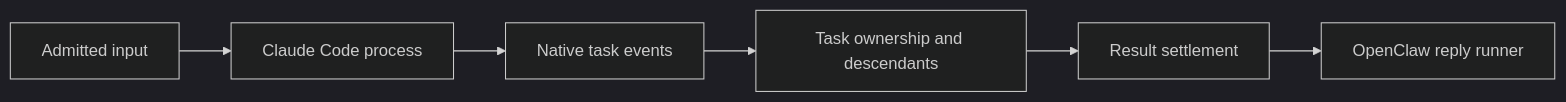
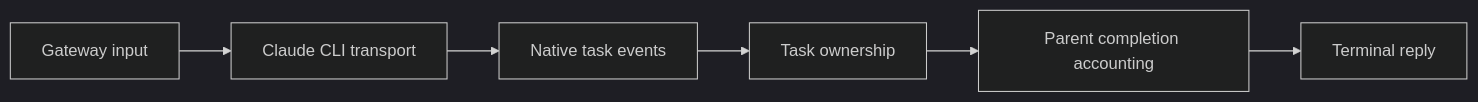
One commit to miguelbranco80/openclaw-bug-origins changed the diagram in fix-origins/clawsweeper/bundles/0241.full.md. Above: the diagram before and after it, drawn with Mermaid (dark theme). The commit also changed other lines of this file and 6464 other files, not shown here.

````diff
--- a/fix-origins/clawsweeper/bundles/0241.full.md
+++ b/fix-origins/clawsweeper/bundles/0241.full.md
@@ -50,8 +54,8 @@
 ```mermaid
 flowchart LR
-  A[Admitted input] --> B[Claude Code process]
+  A[Gateway input] --> B[Claude CLI transport]
   B --> C[Native task events]
-  C --> D[Task ownership and descendants]
-  D --> E[Result settlement]
-  E --> F[OpenClaw reply runner]
+  C --> D[Task ownership]
+  D --> E[Parent completion accounting]
+  E --> F[Terminal reply]
 ```
````
